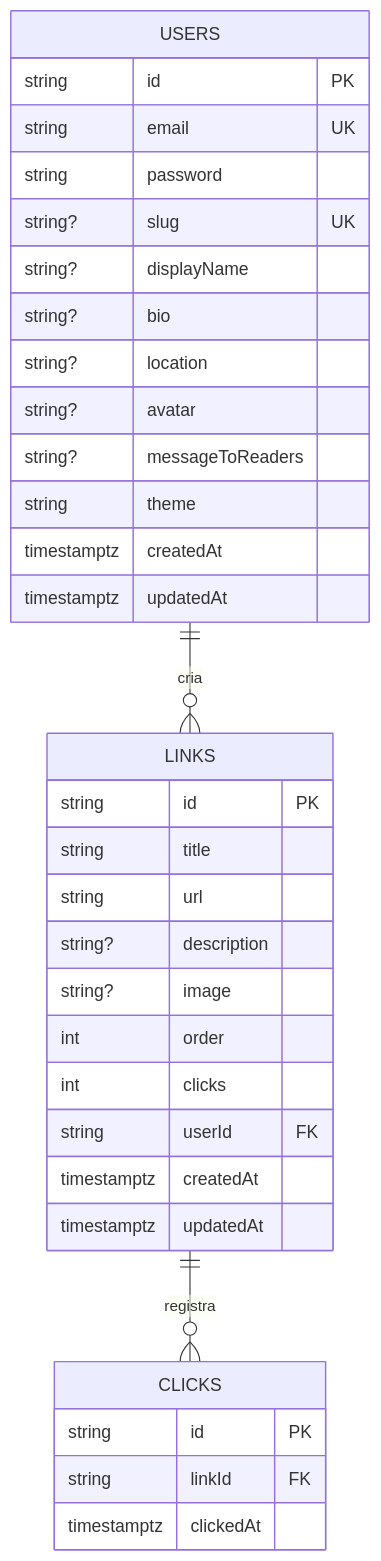
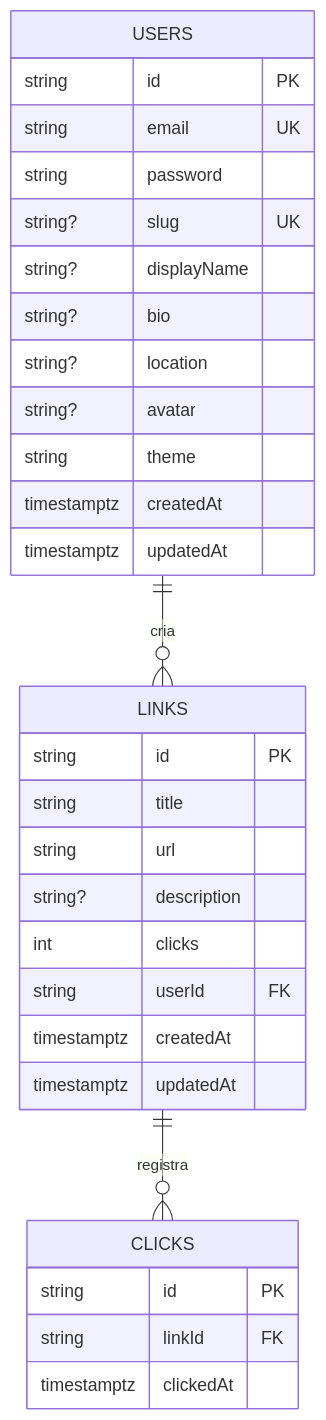
The diagram in README.md (ddamaceno/NodeTree), drawn with Mermaid before and after one commit. The commit also changed other lines of this file, not shown here.

Commit message:
docs(readme): enhance database diagram with ASCII visualization and examples

````diff
--- a/README.md
+++ b/README.md
@@ -213,39 +240,36 @@
 ```mermaid
 erDiagram
     USERS ||--o{ LINKS : cria
     LINKS ||--o{ CLICKS : registra
     
     USERS {
         string id PK
         string email UK
         string password
         string? slug UK
         string? displayName
         string? bio
         string? location
         string? avatar
-        string? messageToReaders
         string theme
         timestamptz createdAt
         timestamptz updatedAt
     }
     
     LINKS {
         string id PK
         string title
         string url
         string? description
-        string? image
-        int order
         int clicks
         string userId FK
         timestamptz createdAt
         timestamptz updatedAt
     }
     
     CLICKS {
         string id PK
         string linkId FK
         timestamptz clickedAt
     }
 ```
````
